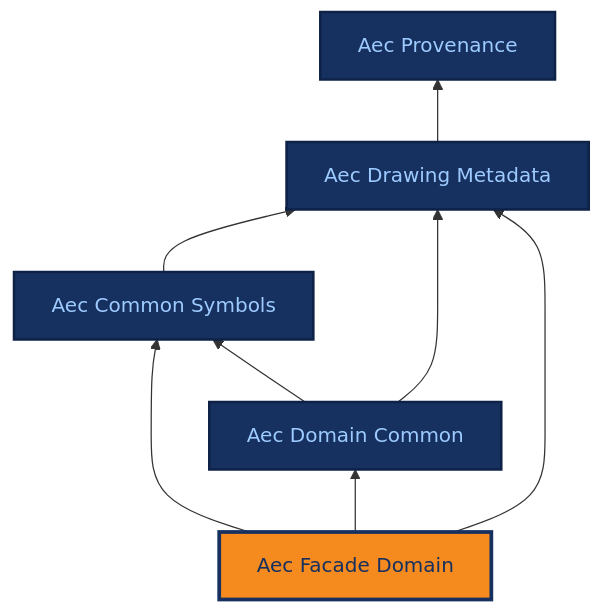
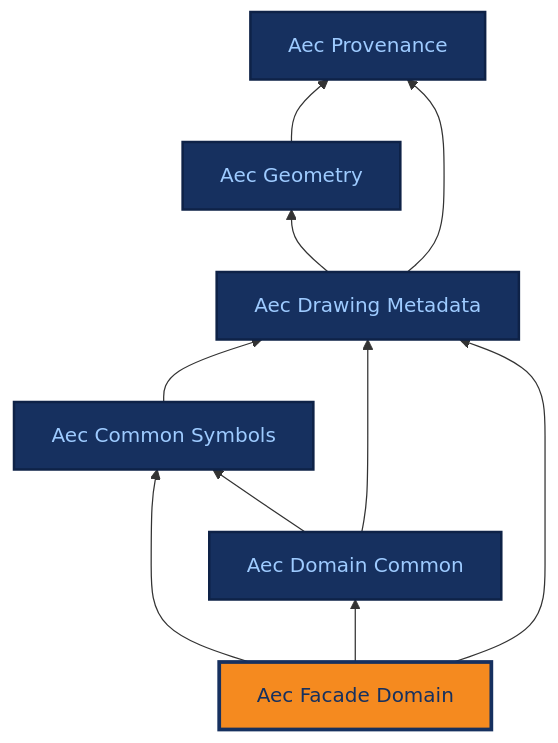
Before and after one commit to BuroHappoldMachineLearning/ADIRO: the diagram in docs/ontologies/aec_facade_domain.md, drawn with Mermaid. The commit also changed 24 other files, not shown here.

First line of the commit message:
feat(aec_geometry): new module - provenance-bearing BoundingBox + CoordinateFrame (#90)

````diff
--- a/docs/ontologies/aec_facade_domain.md
+++ b/docs/ontologies/aec_facade_domain.md
@@ -17,25 +17,29 @@
 ```mermaid
 %%{init: {"themeCSS": ".base .nodeLabel,.base .nodeLabel p,.base text,.base tspan{fill:#9ecbff !important;color:#9ecbff !important}.current .nodeLabel,.current .nodeLabel p,.current text,.current tspan{fill:#16305f !important;color:#16305f !important}"} }%%
 graph BT
     aec_provenance["Aec Provenance"]
+    aec_geometry["Aec Geometry"]
     aec_drawing_metadata["Aec Drawing Metadata"]
     aec_common_symbols["Aec Common Symbols"]
     aec_domain_common["Aec Domain Common"]
     aec_facade_domain["Aec Facade Domain"]
+    aec_geometry --> aec_provenance
+    aec_drawing_metadata --> aec_geometry
     aec_drawing_metadata --> aec_provenance
     aec_common_symbols --> aec_drawing_metadata
     aec_domain_common --> aec_common_symbols
     aec_domain_common --> aec_drawing_metadata
     aec_facade_domain --> aec_common_symbols
     aec_facade_domain --> aec_domain_common
     aec_facade_domain --> aec_drawing_metadata
     click aec_provenance "../aec_provenance/" "Aec Provenance reference page"
+    click aec_geometry "../aec_geometry/" "Aec Geometry reference page"
     click aec_drawing_metadata "../aec_drawing_metadata/" "Aec Drawing Metadata reference page"
     click aec_common_symbols "../aec_common_symbols/" "Aec Common Symbols reference page"
     click aec_domain_common "../aec_domain_common/" "Aec Domain Common reference page"
     click aec_facade_domain "../aec_facade_domain/" "Aec Facade Domain reference page"
     classDef base fill:#16305f,stroke:#0e2247,stroke-width:2px,color:#9ecbff;
-    class aec_provenance,aec_drawing_metadata,aec_common_symbols,aec_domain_common base;
+    class aec_provenance,aec_geometry,aec_drawing_metadata,aec_common_symbols,aec_domain_common base;
     classDef current fill:#f58a1f,stroke:#16305f,stroke-width:3px,color:#16305f;
     class aec_facade_domain current;
 ```
````
